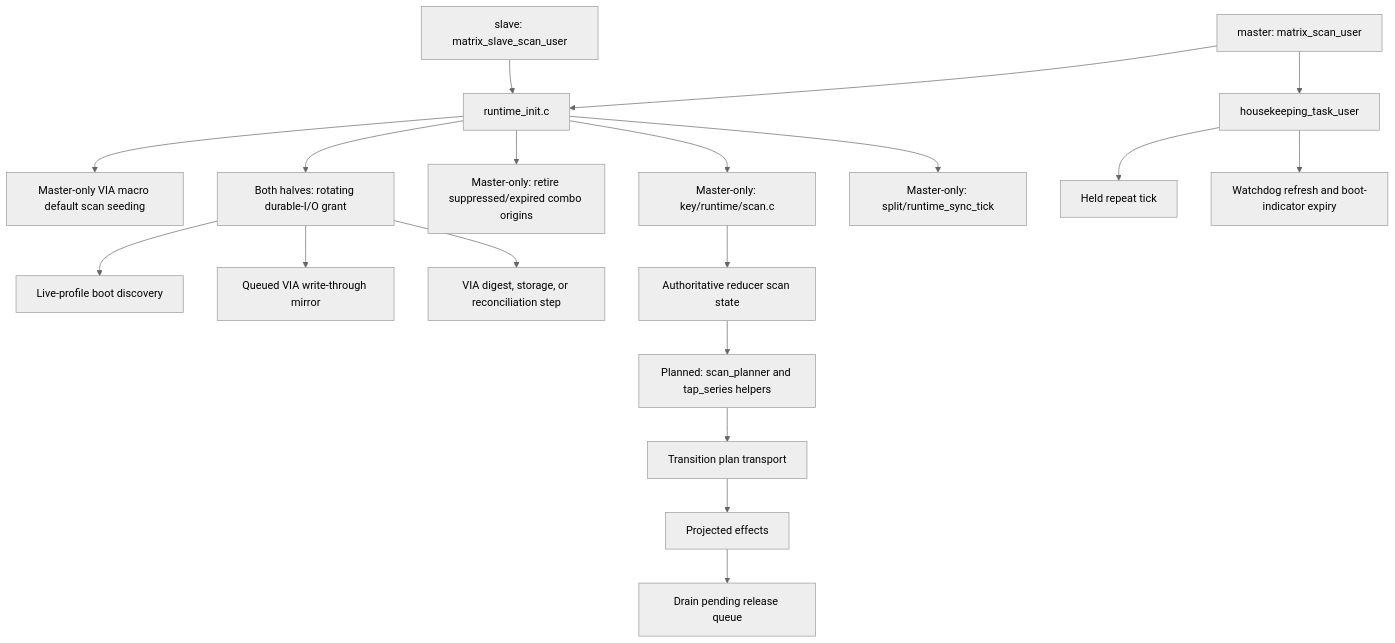
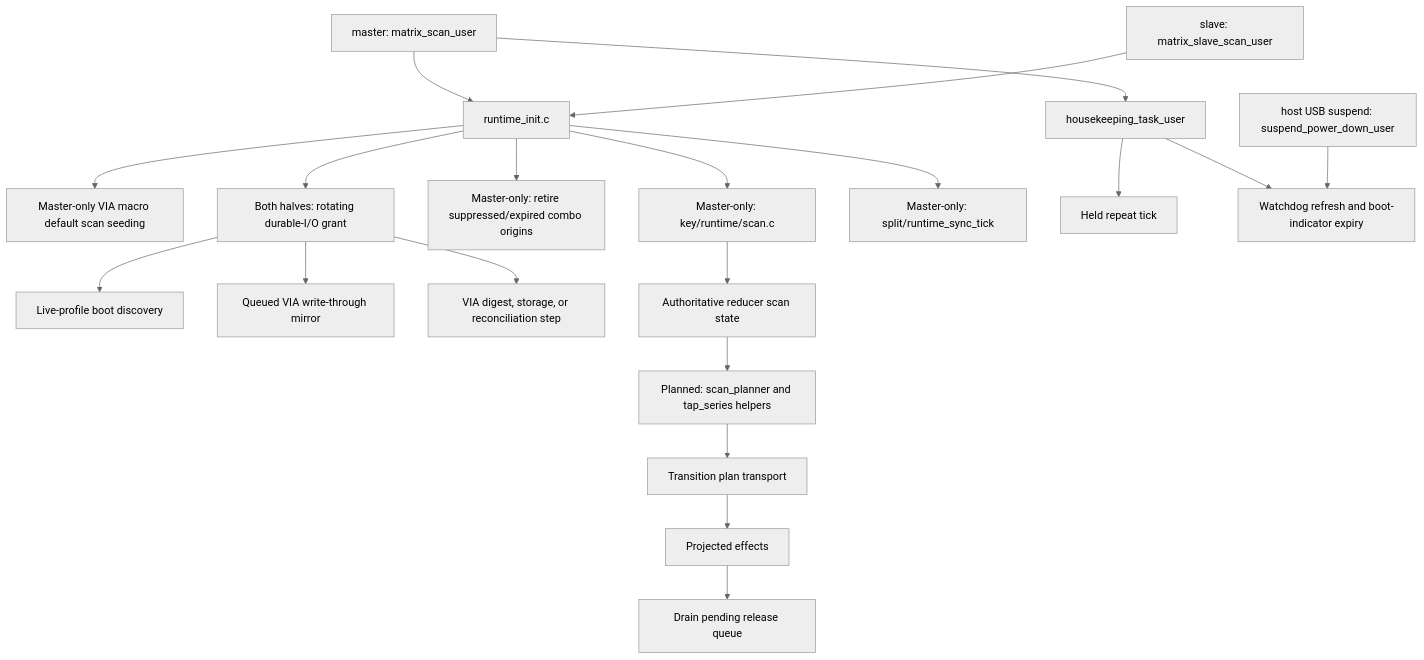
One commit to NoahCLR/charybdis-4x6 changed the fourth of 11 diagrams in docs/architecture/runtime-flow.md. Above: the diagram before and after it, drawn with Mermaid (neutral theme). The commit also changed other lines of this file and 6 other files, not shown here.

````diff
--- a/docs/architecture/runtime-flow.md
+++ b/docs/architecture/runtime-flow.md
@@ -96,21 +96,22 @@
 ```mermaid
 flowchart TD
     master_scan["master: matrix_scan_user"] --> init["runtime_init.c"]
     slave_scan["slave: matrix_slave_scan_user"] --> init
     init --> via["Master-only VIA macro default scan seeding"]
     init --> durable["Both halves: rotating durable-I/O grant"]
     durable --> discovery["Live-profile boot discovery"]
     durable --> mirror["Queued VIA write-through mirror"]
     durable --> via_sync["VIA digest, storage, or reconciliation step"]
     init --> combo["Master-only: retire suppressed/expired combo origins"]
     init --> key_scan["Master-only: key/runtime/scan.c"]
     key_scan --> reducer_scan["Authoritative reducer scan state"]
     reducer_scan --> scan_plan["Planned: scan_planner and tap_series helpers"]
     scan_plan --> transition["Transition plan transport"]
     transition --> projection["Projected effects"]
     projection --> pending["Drain pending release queue"]
     init --> split["Master-only: split/runtime_sync_tick"]
     master_scan --> housekeeping["housekeeping_task_user"]
     housekeeping --> repeat["Held repeat tick"]
     housekeeping --> diag["Watchdog refresh and boot-indicator expiry"]
+    usb_suspend["host USB suspend: suspend_power_down_user"] --> diag
 ```
````
